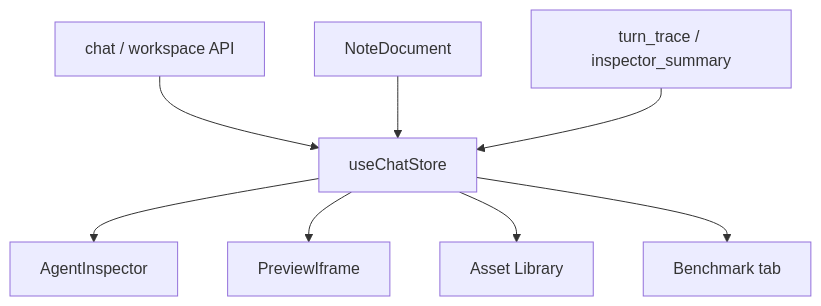
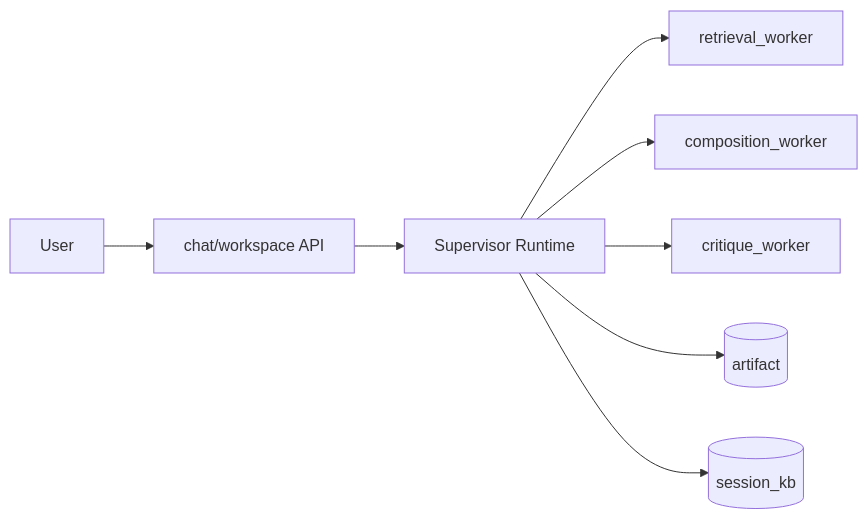
The diagram in docs/ARCHITECTURE_AND_FLOW.md (kun1s2/XHS-Forge), drawn with Mermaid before and after one commit. The commit also changed other lines of this file and 99 other files, not shown here.

````diff
--- a/docs/ARCHITECTURE_AND_FLOW.md
+++ b/docs/ARCHITECTURE_AND_FLOW.md
@@ -134,11 +14,10 @@
 ```mermaid
-flowchart TD
-    Store[useChatStore] --> Inspector[AgentInspector]
-    Store --> Canvas[PreviewIframe]
-    Store --> Assets[Asset Library]
-    Store --> Benchmark[Benchmark tab]
-
-    API[chat / workspace API] --> Store
-    ND[NoteDocument] --> Store
-    Trace[turn_trace / inspector_summary] --> Store
+flowchart LR
+    U[User] --> API[chat/workspace API]
+    API --> S[Supervisor Runtime]
+    S --> RW[retrieval_worker]
+    S --> CW[composition_worker]
+    S --> KW[critique_worker]
+    S --> A[(artifact)]
+    S --> K[(session_kb)]
 ```
````
